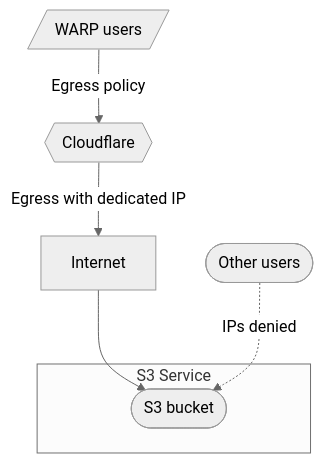
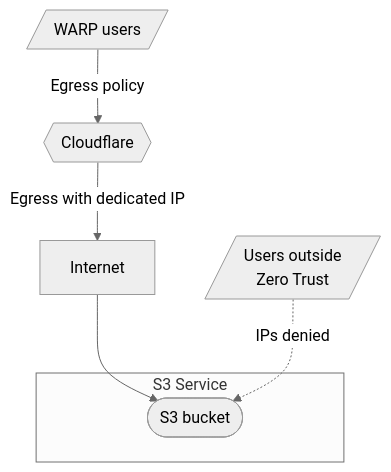
One commit to cloudflare/cloudflare-docs changed the second of 2 diagrams in content/cloudflare-one/tutorials/s3-buckets.md. Above: the diagram before and after it, drawn with Mermaid (neutral theme). The commit also changed other lines of this file, not shown here.

````diff
--- a/content/cloudflare-one/tutorials/s3-buckets.md
+++ b/content/cloudflare-one/tutorials/s3-buckets.md
@@ -119,12 +119,12 @@
 ```mermaid
 flowchart TB
     cf1[/WARP users/]--Egress policy-->cf2{{Cloudflare}}
     cf2--Egress with dedicated IP-->i1[Internet]
     i1-->s3_1
     
     subgraph S3 Service
     s3_1([S3 bucket])
     end
 
-    i2([Other users])-. "IPs denied" .->s3_1
+    i2[/Users outside </br> Zero Trust/]-. "IPs denied" .->s3_1
 ```
````
